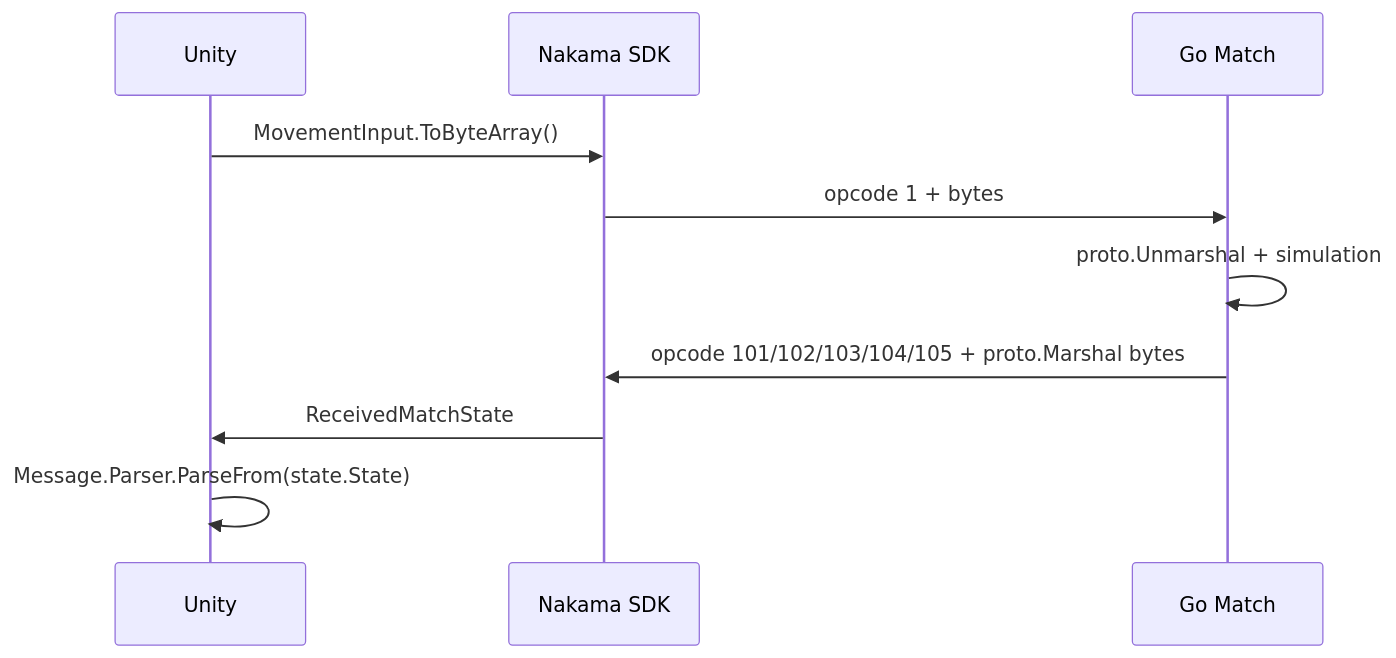
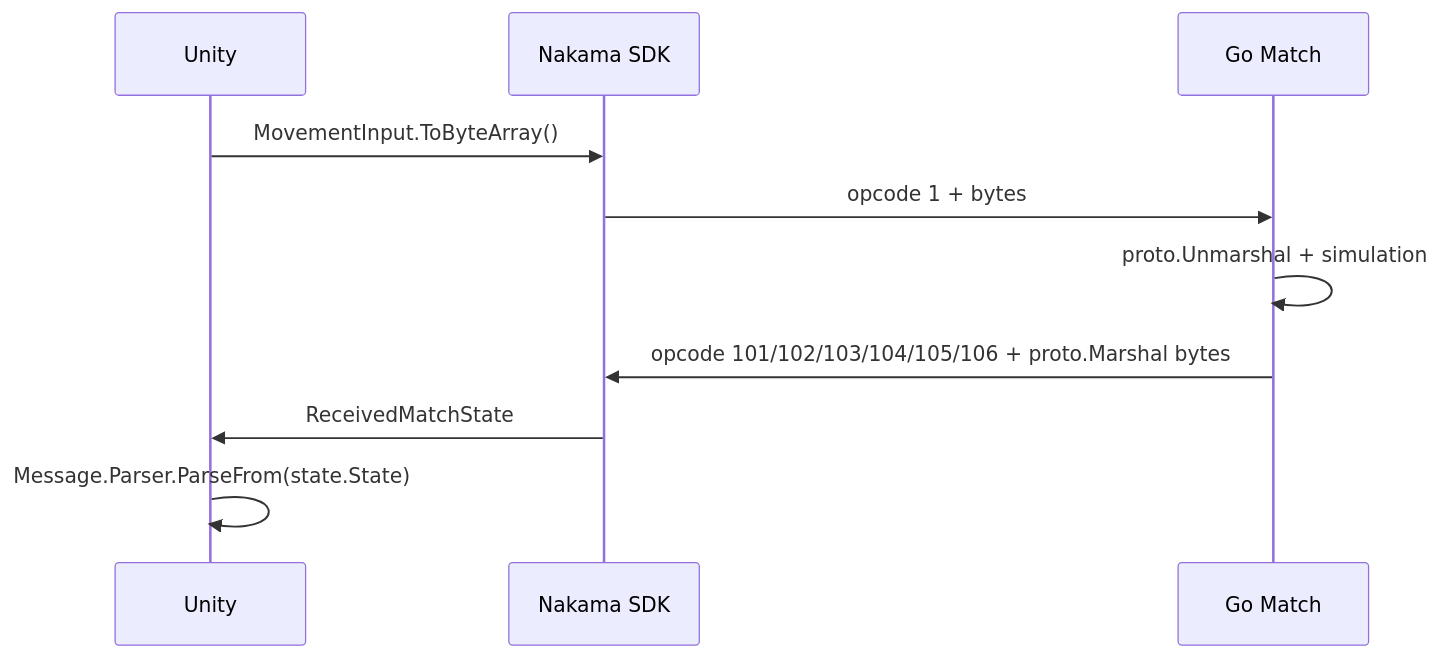
The diagram in docs/realtime-protocol.md (Zeal-Games-Studio-Development/squad-survival-server), drawn with Mermaid before and after one commit. The commit also changed other lines of this file and 14 other files, not shown here.

````diff
--- a/docs/realtime-protocol.md
+++ b/docs/realtime-protocol.md
@@ -28,12 +31,12 @@
 ```mermaid
 sequenceDiagram
     participant Unity
     participant NakamaSDK as Nakama SDK
     participant Match as Go Match
     Unity->>NakamaSDK: MovementInput.ToByteArray()
     NakamaSDK->>Match: opcode 1 + bytes
     Match->>Match: proto.Unmarshal + simulation
-    Match->>NakamaSDK: opcode 101/102/103/104/105 + proto.Marshal bytes
+    Match->>NakamaSDK: opcode 101/102/103/104/105/106 + proto.Marshal bytes
     NakamaSDK->>Unity: ReceivedMatchState
     Unity->>Unity: Message.Parser.ParseFrom(state.State)
 ```
````
